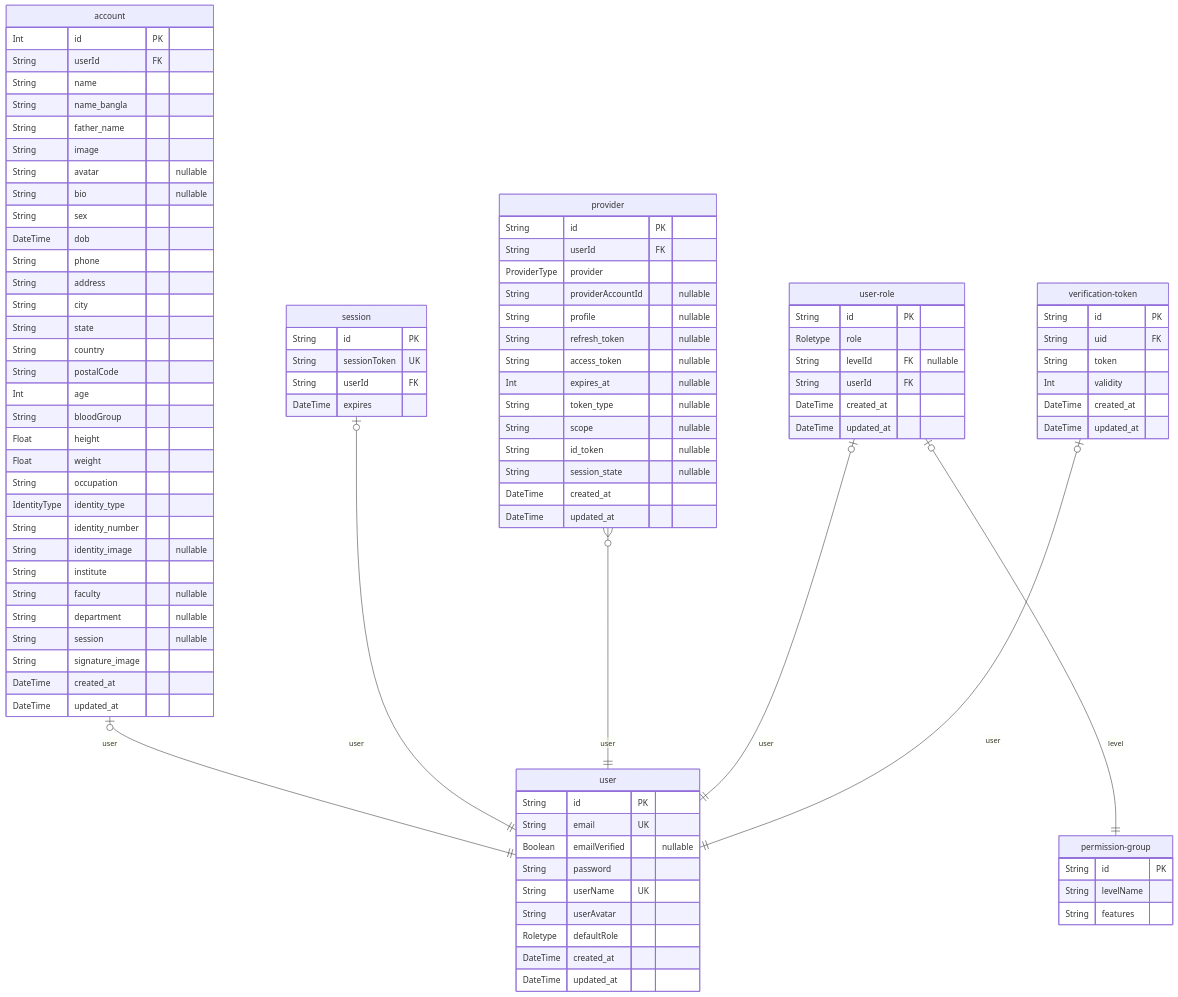
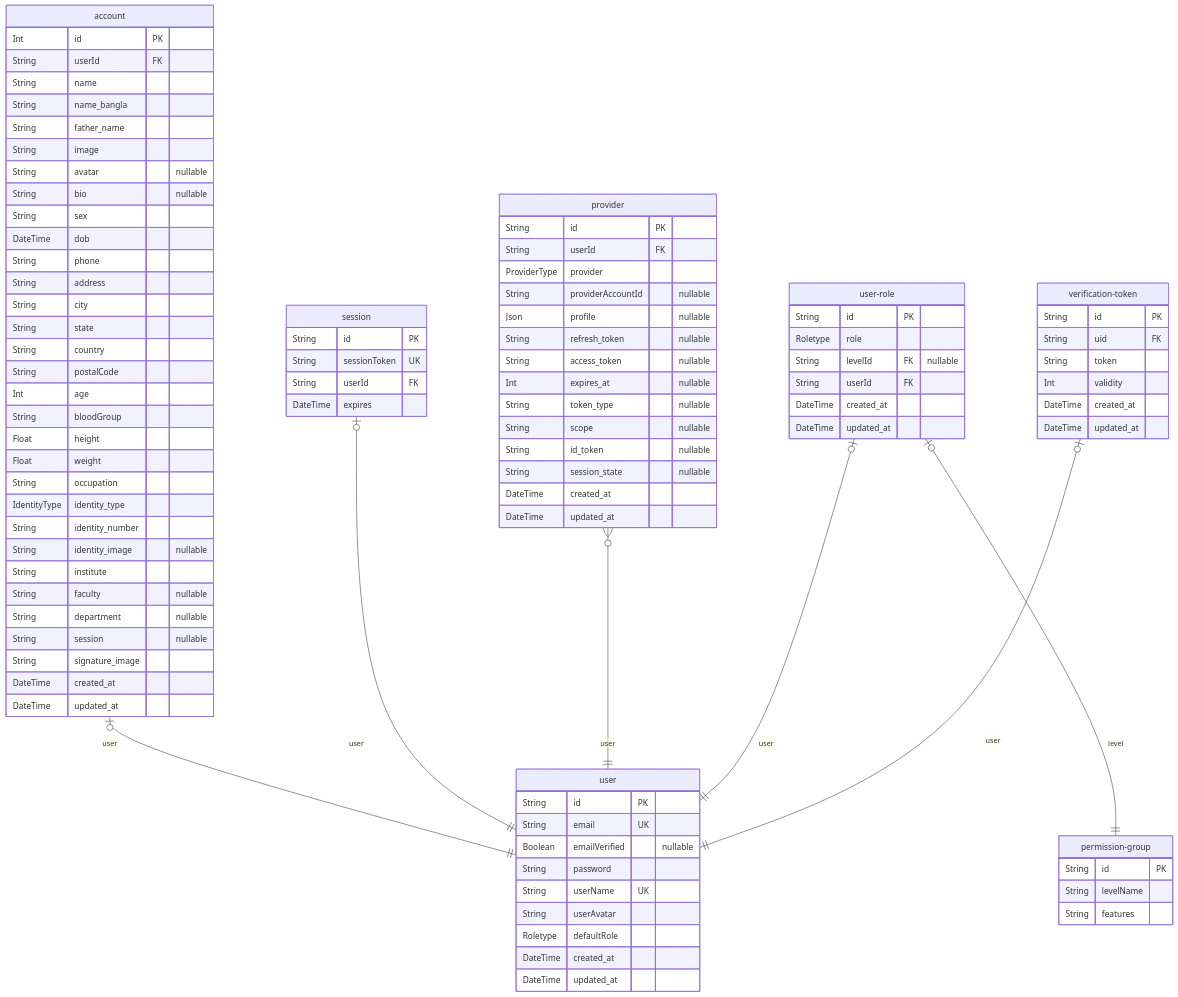
One commit to Hstu-dojo/HKDOfficial changed the diagram in public/erd/ERD.md. Above: the diagram before and after it, drawn with Mermaid. The commit also changed 11 other files, not shown here.

```diff
--- a/public/erd/ERD.md
+++ b/public/erd/ERD.md
@@ -61,7 +61,7 @@
     String userId FK
     ProviderType provider
     String providerAccountId "nullable"
-    String profile "nullable"
+    Json profile "nullable"
     String refresh_token "nullable"
     String access_token "nullable"
     Int expires_at "nullable"
```
